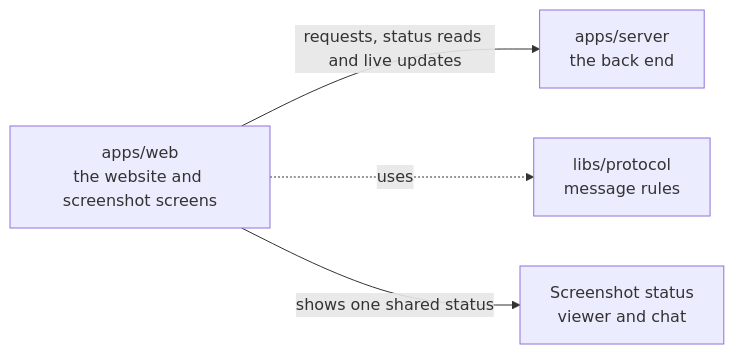
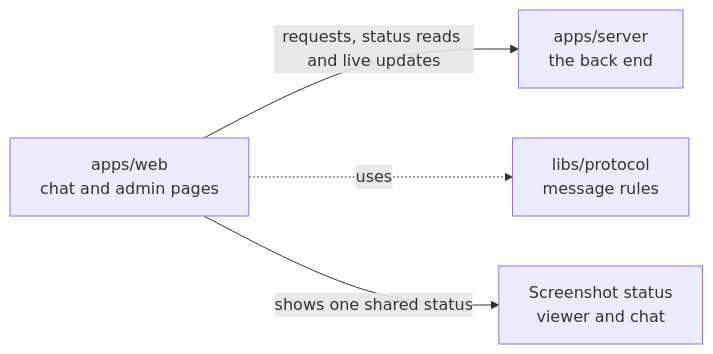
The diagram in apps/web/README.md (elewa-git/opencrane-new), drawn with Mermaid before and after one commit. The commit also changed other lines of this file and 133 other files, not shown here.

````diff
--- a/apps/web/README.md
+++ b/apps/web/README.md
@@ -11,6 +11,6 @@
 ```mermaid
 flowchart LR
-  web["apps/web<br/>the website and screenshot screens"] -->|requests, status reads and live updates| server["apps/server<br/>the back end"]
+  web["apps/web<br/>chat and admin pages"] -->|requests, status reads and live updates| server["apps/server<br/>the back end"]
   web -.->|uses| protocol["libs/protocol<br/>message rules"]
   web -->|shows one shared status| capture["Screenshot status<br/>viewer and chat"]
 ```
````
